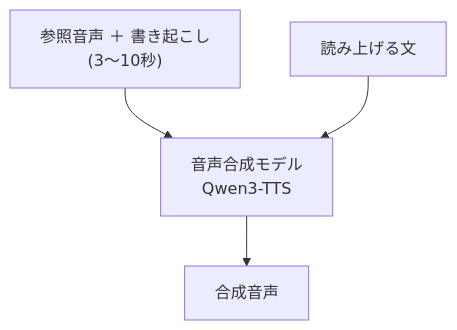
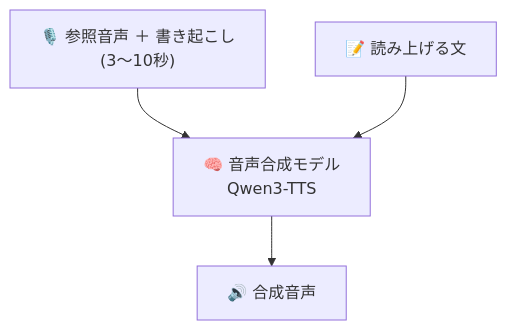
The first of 2 diagrams in README.md (mossan-hoshi/happy-collapse-maker), drawn with Mermaid before and after one commit. The commit also changed other lines of this file, not shown here.

Commit message:
docs: フロー図の各ノードに絵文字を付ける

````diff
--- a/README.md
+++ b/README.md
@@ -28,8 +28,8 @@
 ```mermaid
 %% **縦向き (TB)。**横向きだと図が右へ伸びて、GitHub の mermaid ビューアの
 %% 操作ボタン (右端に固定) と重なり、右端のノードが隠れる。
 flowchart TB
-  N1["参照音声 ＋ 書き起こし<br/>(3〜10秒)"] --> NM["音声合成モデル<br/>Qwen3-TTS"]
-  N2["読み上げる文"] --> NM
-  NM --> NO["合成音声"]
+  N1["🎙️ 参照音声 ＋ 書き起こし<br/>(3〜10秒)"] --> NM["🧠 音声合成モデル<br/>Qwen3-TTS"]
+  N2["📝 読み上げる文"] --> NM
+  NM --> NO["🔊 合成音声"]
 ```
````
